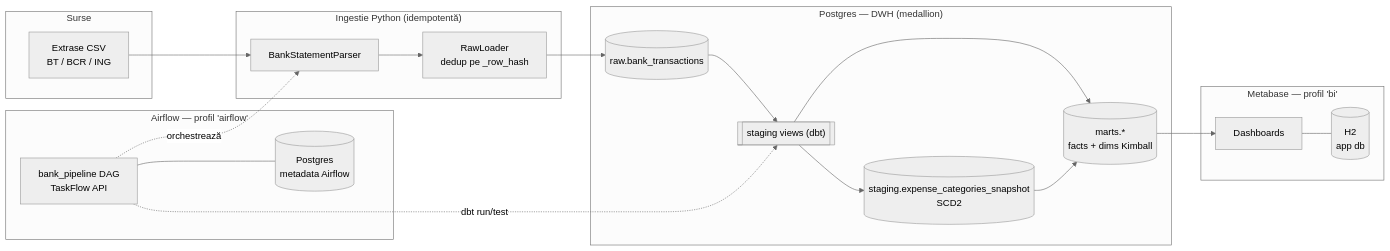
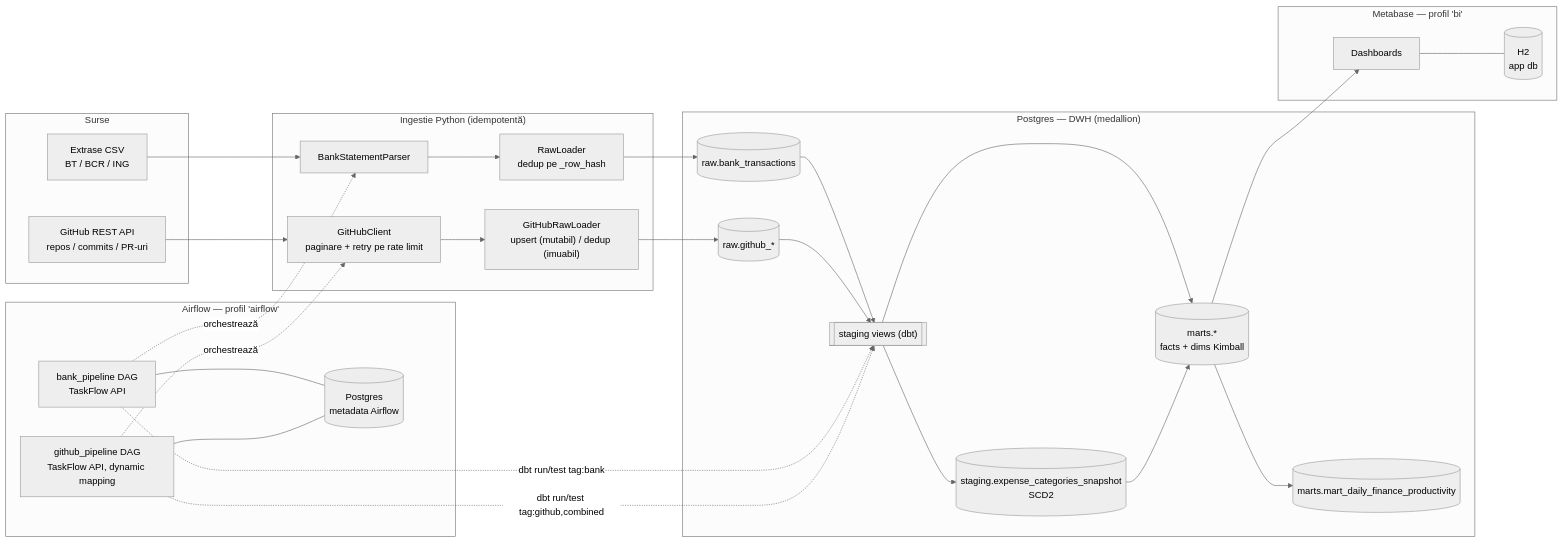
The diagram in README.md (raducugabriel02/dataforge), drawn with Mermaid (neutral theme) before and after one commit. The commit also changed other lines of this file and 24 other files, not shown here.

First line of the commit message:
feat: Faza 5 — sursa GitHub (ingest, staging, marts productivitate, mart combinat, DAG)

````diff
--- a/README.md
+++ b/README.md
@@ -13,37 +15,49 @@
 ```mermaid
 flowchart LR
     subgraph src["Surse"]
         csv["Extrase CSV<br/>BT / BCR / ING"]
+        gh["GitHub REST API<br/>repos / commits / PR-uri"]
     end
 
     subgraph ingest["Ingestie Python (idempotentă)"]
         parser["BankStatementParser"]
         loader["RawLoader<br/>dedup pe _row_hash"]
+        ghclient["GitHubClient<br/>paginare + retry pe rate limit"]
+        ghloader["GitHubRawLoader<br/>upsert (mutabil) / dedup (imuabil)"]
     end
 
     subgraph dwh["Postgres — DWH (medallion)"]
         raw[("raw.bank_transactions")]
+        ghraw[("raw.github_*")]
         staging[["staging views (dbt)"]]
         snapshot[("staging.expense_categories_snapshot<br/>SCD2")]
         marts[("marts.*<br/>facts + dims Kimball")]
+        combined[("marts.mart_daily_finance_productivity")]
     end
 
     subgraph orch["Airflow — profil 'airflow'"]
         dag["bank_pipeline DAG<br/>TaskFlow API"]
+        ghdag["github_pipeline DAG<br/>TaskFlow API, dynamic mapping"]
         afdb[("Postgres<br/>metadata Airflow")]
     end
 
     subgraph bi["Metabase — profil 'bi'"]
         dash["Dashboards"]
         mbdb[("H2<br/>app db")]
     end
 
     csv --> parser --> loader --> raw
+    gh --> ghclient --> ghloader --> ghraw
     raw --> staging --> marts
+    ghraw --> staging
     staging --> snapshot --> marts
+    marts --> combined
     marts --> dash
     dag -. orchestrează .-> parser
-    dag -. "dbt run/test" .-> staging
+    dag -. "dbt run/test tag:bank" .-> staging
+    ghdag -. orchestrează .-> ghclient
+    ghdag -. "dbt run/test tag:github,combined" .-> staging
     dag --- afdb
+    ghdag --- afdb
     dash --- mbdb
 ```
````
